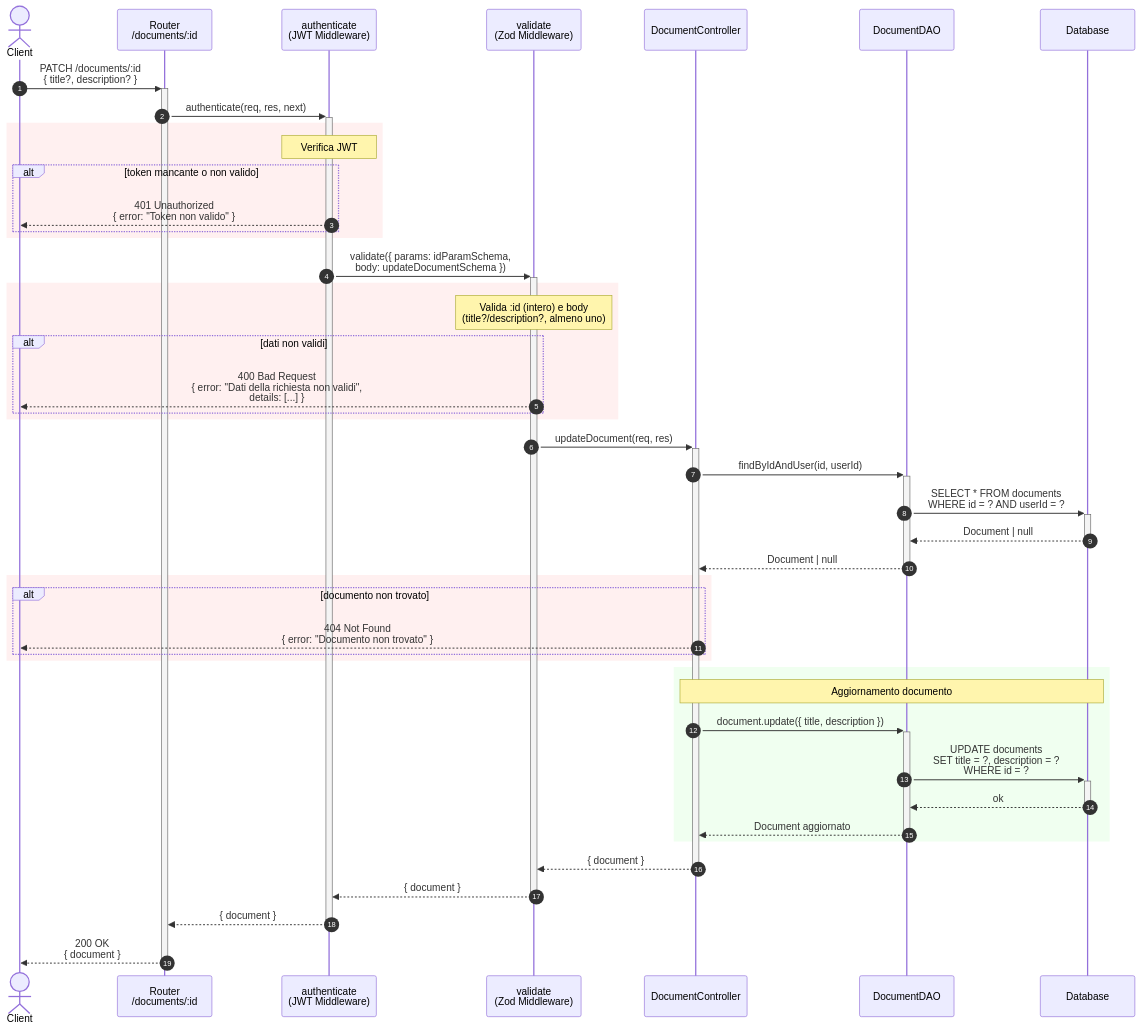
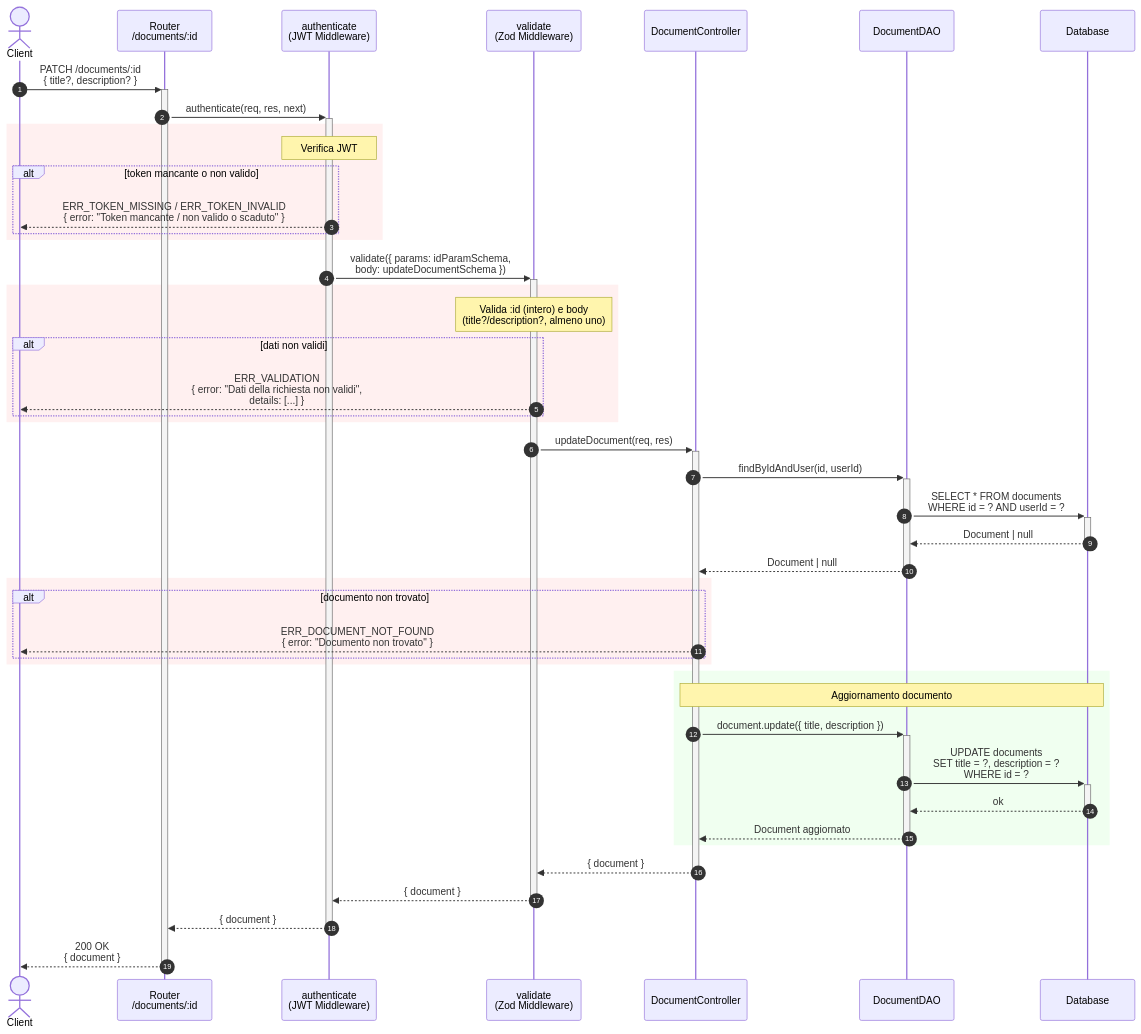
The eighth of 9 diagrams in README.md (zDarius21/Programmazione_Avanzata), drawn with Mermaid before and after one commit. The commit also changed other lines of this file and 6 other files, not shown here.

````diff
--- a/README.md
+++ b/README.md
@@ -996,57 +1025,57 @@
 ```mermaid
 sequenceDiagram
     autonumber
     actor Client
     participant Router as Router<br/>/documents/:id
     participant Auth as authenticate<br/>(JWT Middleware)
     participant Validate as validate<br/>(Zod Middleware)
     participant Controller as DocumentController
     participant DAO as DocumentDAO
     participant DB@{ shape: "database" } as Database
 
     Client->>+Router: PATCH /documents/:id<br/>{ title?, description? }
 
     Router->>+Auth: authenticate(req, res, next)
 
     rect rgb(255, 240, 240)
         note over Auth: Verifica JWT
         alt token mancante o non valido
-            Auth-->>Client: 401 Unauthorized<br/>{ error: "Token non valido" }
+            Auth-->>Client: ERR_TOKEN_MISSING / ERR_TOKEN_INVALID<br/>{ error: "Token mancante / non valido o scaduto" }
         end
     end
 
     Auth->>+Validate: validate({ params: idParamSchema,<br/>body: updateDocumentSchema })
 
     rect rgb(255, 240, 240)
         note over Validate: Valida :id (intero) e body<br/>(title?/description?, almeno uno)
         alt dati non validi
-            Validate-->>Client: 400 Bad Request<br/>{ error: "Dati della richiesta non validi",<br/>details: [...] }
+            Validate-->>Client: ERR_VALIDATION<br/>{ error: "Dati della richiesta non validi",<br/>details: [...] }
         end
     end
 
     Validate->>+Controller: updateDocument(req, res)
 
     Controller->>+DAO: findByIdAndUser(id, userId)
     DAO->>+DB: SELECT * FROM documents<br/>WHERE id = ? AND userId = ?
     DB-->>-DAO: Document | null
     DAO-->>-Controller: Document | null
 
     rect rgb(255, 240, 240)
         alt documento non trovato
-            Controller-->>Client: 404 Not Found<br/>{ error: "Documento non trovato" }
+            Controller-->>Client: ERR_DOCUMENT_NOT_FOUND<br/>{ error: "Documento non trovato" }
         end
     end
 
     rect rgb(240, 255, 240)
         note over Controller,DB: Aggiornamento documento
         Controller->>+DAO: document.update({ title, description })
         DAO->>+DB: UPDATE documents<br/>SET title = ?, description = ?<br/>WHERE id = ?
         DB-->>-DAO: ok
         DAO-->>-Controller: Document aggiornato
     end
 
     Controller-->>-Validate: { document }
     Validate-->>-Auth: { document }
     Auth-->>-Router: { document }
     Router-->>-Client: 200 OK<br/>{ document }
 ```
````
